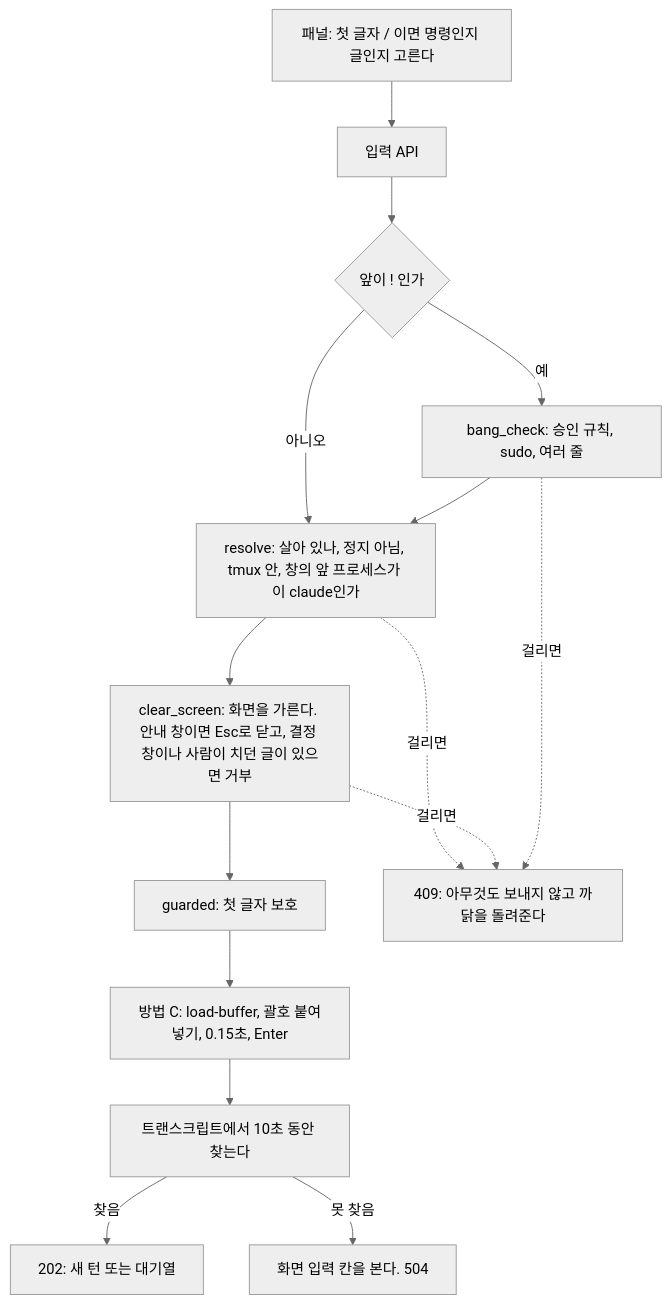
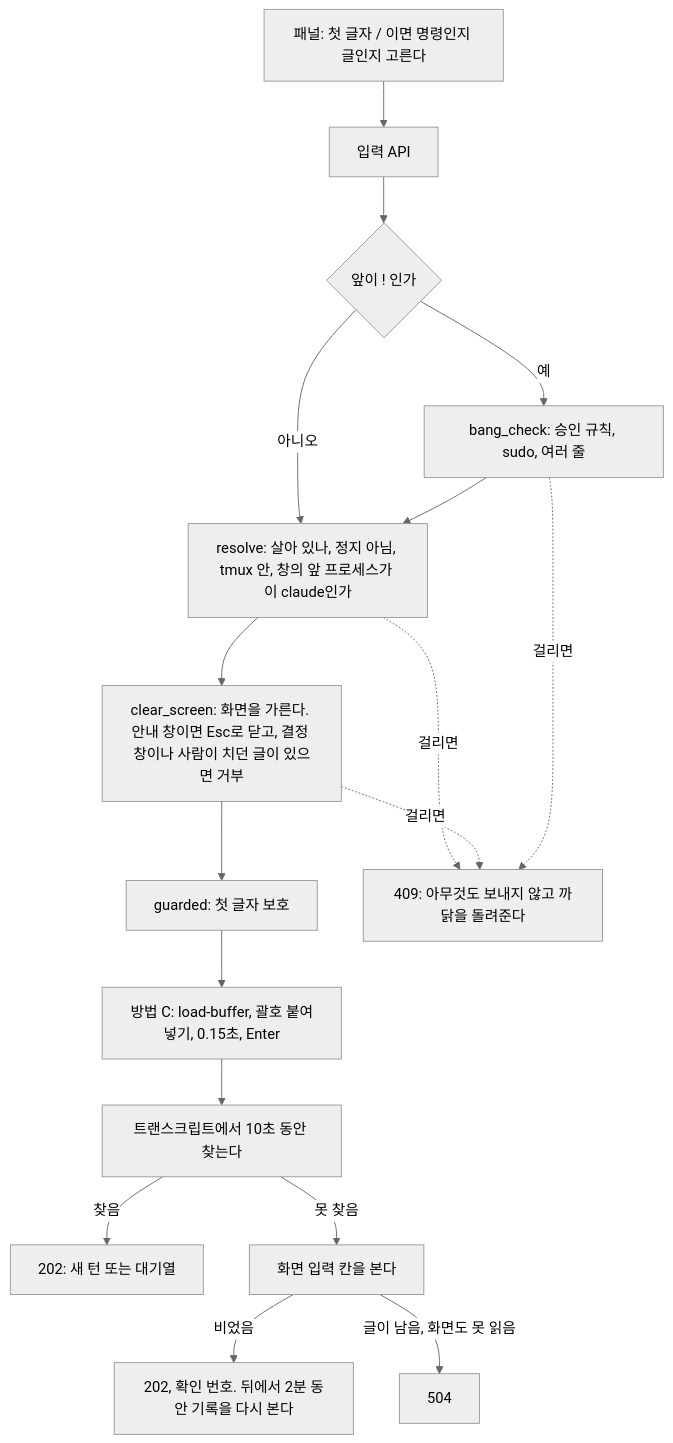
The diagram in notion/03_session.md (Gabriel-Joo/foreman), drawn with Mermaid (neutral theme) before and after one commit. The commit also changed other lines of this file and 16 other files, not shown here.

````diff
--- a/notion/03_session.md
+++ b/notion/03_session.md
@@ -198,15 +198,17 @@
 ```mermaid
 flowchart TD
   A[패널: 첫 글자 / 이면 명령인지 글인지 고른다] --> B[입력 API]
   B --> C{앞이 ! 인가}
   C -- 예 --> D[bang_check: 승인 규칙, sudo, 여러 줄]
   C -- 아니오 --> E
   D --> E[resolve: 살아 있나, 정지 아님, tmux 안, 창의 앞 프로세스가 이 claude인가]
   E --> F[clear_screen: 화면을 가른다. 안내 창이면 Esc로 닫고, 결정 창이나 사람이 치던 글이 있으면 거부]
   F --> G[guarded: 첫 글자 보호]
   G --> H[방법 C: load-buffer, 괄호 붙여넣기, 0.15초, Enter]
   H --> I[트랜스크립트에서 10초 동안 찾는다]
   I -- 찾음 --> J[202: 새 턴 또는 대기열]
-  I -- 못 찾음 --> K[화면 입력 칸을 본다. 504]
+  I -- 못 찾음 --> K[화면 입력 칸을 본다]
+  K -- 비었음 --> L[202, 확인 번호. 뒤에서 2분 동안 기록을 다시 본다]
+  K -- 글이 남음, 화면도 못 읽음 --> M[504]
   E & F & D -. 걸리면 .-> R[409: 아무것도 보내지 않고 까닭을 돌려준다]
 ```
````
